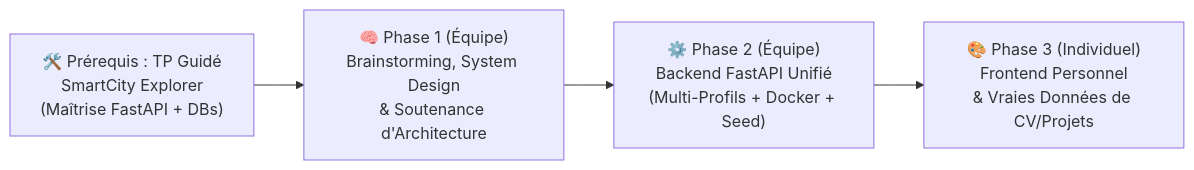
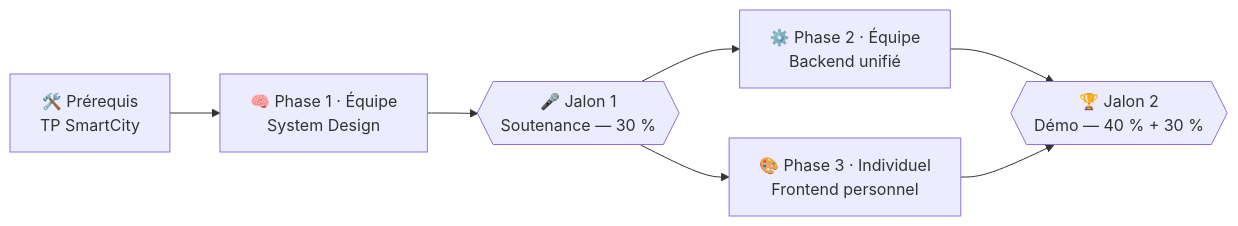
One commit to nosql-esigelec/course changed the diagram in docs/portfolio/index.md. Above: the diagram before and after it, drawn with Mermaid. The commit also changed other lines of this file and 6 other files, not shown here.

````diff
--- a/docs/portfolio/index.md
+++ b/docs/portfolio/index.md
@@ -16,6 +16,9 @@
 ```mermaid
 flowchart LR
-    P0["🛠️ Prérequis : TP Guidé\nSmartCity Explorer\n(Maîtrise FastAPI + DBs)"] --> P1["🧠 Phase 1 (Équipe)\nBrainstorming, System Design\n& Soutenance d'Architecture"]
-    P1 --> P2["⚙️ Phase 2 (Équipe)\nBackend FastAPI Unifié\n(Multi-Profils + Docker + Seed)"]
-    P2 --> P3["🎨 Phase 3 (Individuel)\nFrontend Personnel\n& Vraies Données de CV/Projets"]
+    P0["🛠️ Prérequis<br/>TP SmartCity"] --> P1["🧠 Phase 1 · Équipe<br/>System Design"]
+    P1 --> J1{{"🎤 Jalon 1<br/>Soutenance — 30 %"}}
+    J1 --> P2["⚙️ Phase 2 · Équipe<br/>Backend unifié"]
+    J1 --> P3["🎨 Phase 3 · Individuel<br/>Frontend personnel"]
+    P2 --> J2{{"🏆 Jalon 2<br/>Démo — 40 % + 30 %"}}
+    P3 --> J2
 ```
````
